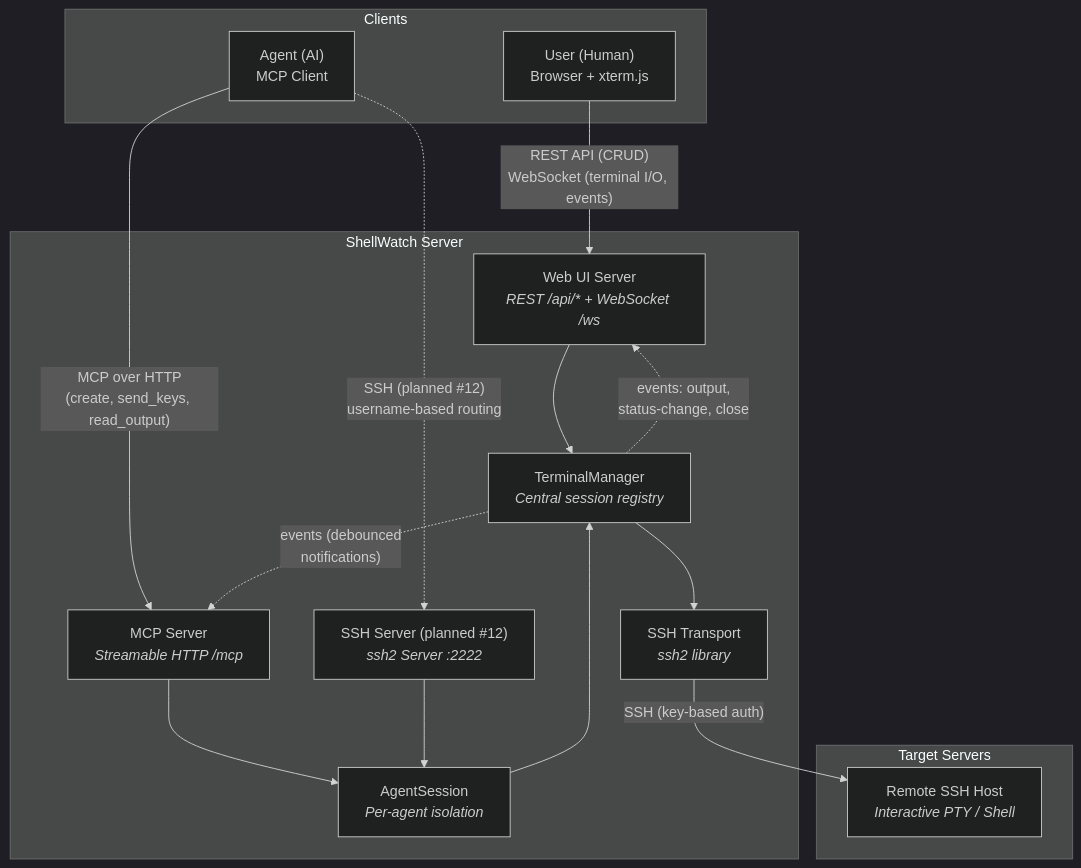
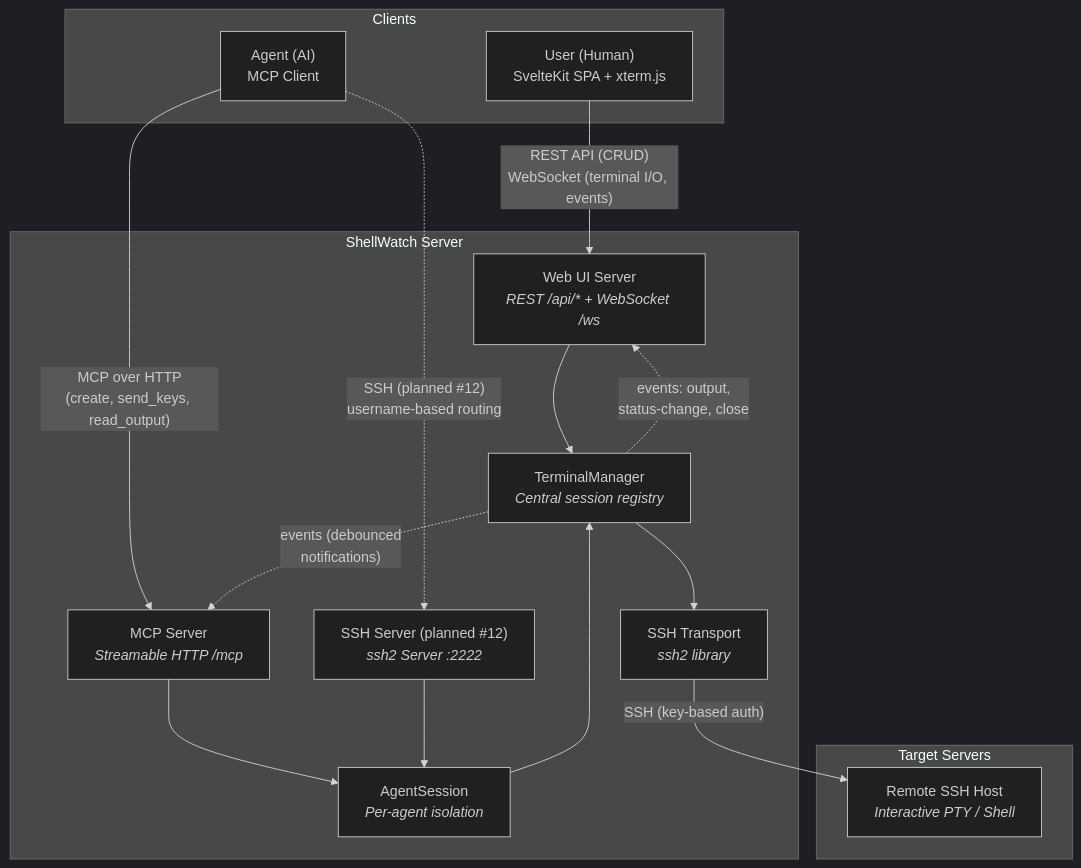
The first of 2 diagrams in docs/architecture-diagram.md (rado0x54/ShellWatch), drawn with Mermaid (dark theme) before and after one commit. The commit also changed 51 other files, not shown here.

First line of the commit message:
feat: migrate frontend from vanilla TypeScript to SvelteKit

````diff
--- a/docs/architecture-diagram.md
+++ b/docs/architecture-diagram.md
@@ -5,34 +5,34 @@
 ```mermaid
 graph TB
     subgraph Clients
-        User["User (Human)<br/>Browser + xterm.js"]
+        User["User (Human)<br/>SvelteKit SPA + xterm.js"]
         Agent["Agent (AI)<br/>MCP Client"]
     end
 
     subgraph ShellWatch["ShellWatch Server"]
         WebUI["Web UI Server<br/><i>REST /api/* + WebSocket /ws</i>"]
         MCP["MCP Server<br/><i>Streamable HTTP /mcp</i>"]
         SSHSrv["SSH Server (planned #12)<br/><i>ssh2 Server :2222</i>"]
         AS["AgentSession<br/><i>Per-agent isolation</i>"]
         TM["TerminalManager<br/><i>Central session registry</i>"]
         SSH["SSH Transport<br/><i>ssh2 library</i>"]
 
         MCP --> AS
         SSHSrv --> AS
         AS --> TM
         WebUI --> TM
         TM --> SSH
     end
 
     subgraph Targets["Target Servers"]
         Remote["Remote SSH Host<br/><i>Interactive PTY / Shell</i>"]
     end
 
     User -- "REST API (CRUD)<br/>WebSocket (terminal I/O, events)" --> WebUI
     Agent -- "MCP over HTTP<br/>(create, send_keys, read_output)" --> MCP
     Agent -. "SSH (planned #12)<br/>username-based routing" .-> SSHSrv
     SSH -- "SSH (key-based auth)" --> Remote
 
     TM -. "events: output,<br/>status-change, close" .-> WebUI
     TM -. "events (debounced<br/>notifications)" .-> MCP
 ```
````
